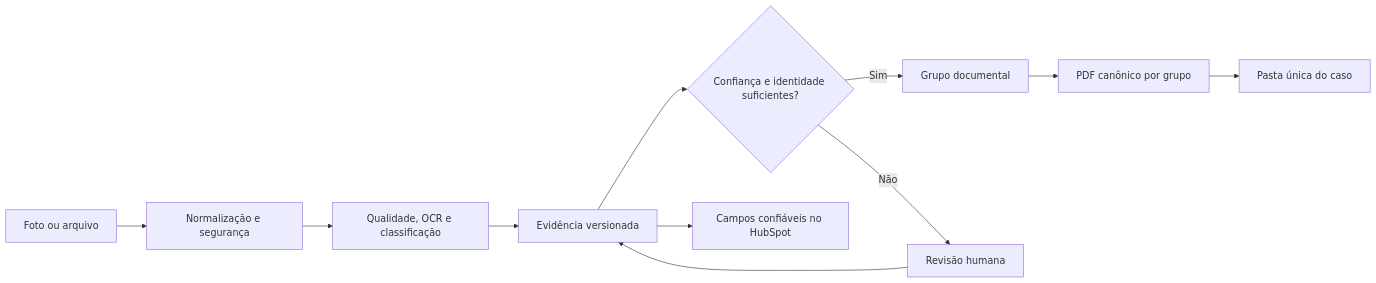
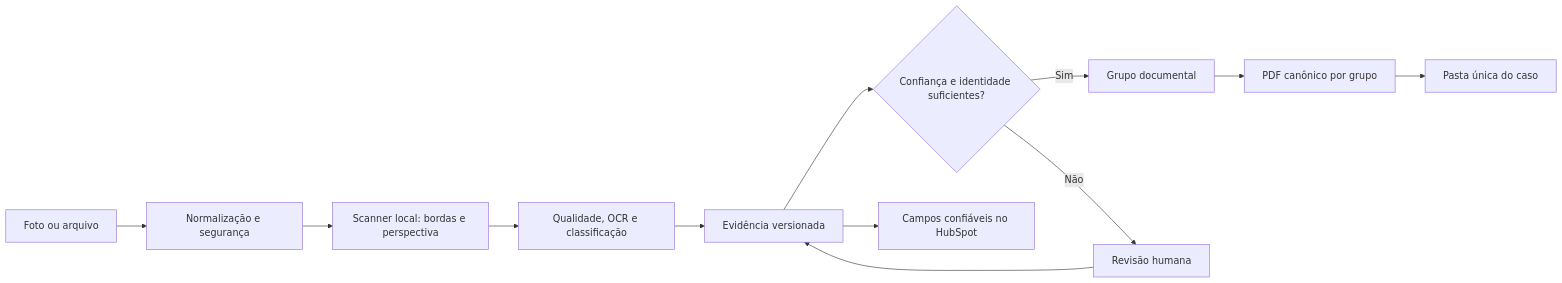
The second of 2 diagrams in docs/ORACULUM_SYSTEM_GUIDE.md (oraculumjuridico/oraculum-bot), drawn with Mermaid before and after one commit. The commit also changed other lines of this file and 15 other files, not shown here.

````diff
--- a/docs/ORACULUM_SYSTEM_GUIDE.md
+++ b/docs/ORACULUM_SYSTEM_GUIDE.md
@@ -117,13 +117,14 @@
 ```mermaid
 flowchart LR
     MEDIA["Foto ou arquivo"] --> NORMALIZE["Normalização e segurança"]
-    NORMALIZE --> OCR["Qualidade, OCR e classificação"]
+    NORMALIZE --> SCAN["Scanner local: bordas e perspectiva"]
+    SCAN --> OCR["Qualidade, OCR e classificação"]
     OCR --> EVIDENCE["Evidência versionada"]
     EVIDENCE --> DECISION{"Confiança e identidade suficientes?"}
     DECISION -->|Sim| GROUP["Grupo documental"]
     DECISION -->|Não| REVIEW["Revisão humana"]
     REVIEW --> EVIDENCE
     GROUP --> PDF["PDF canônico por grupo"]
     PDF --> DRIVE["Pasta única do caso"]
     EVIDENCE --> HUBSPOT["Campos confiáveis no HubSpot"]
 ```
````
